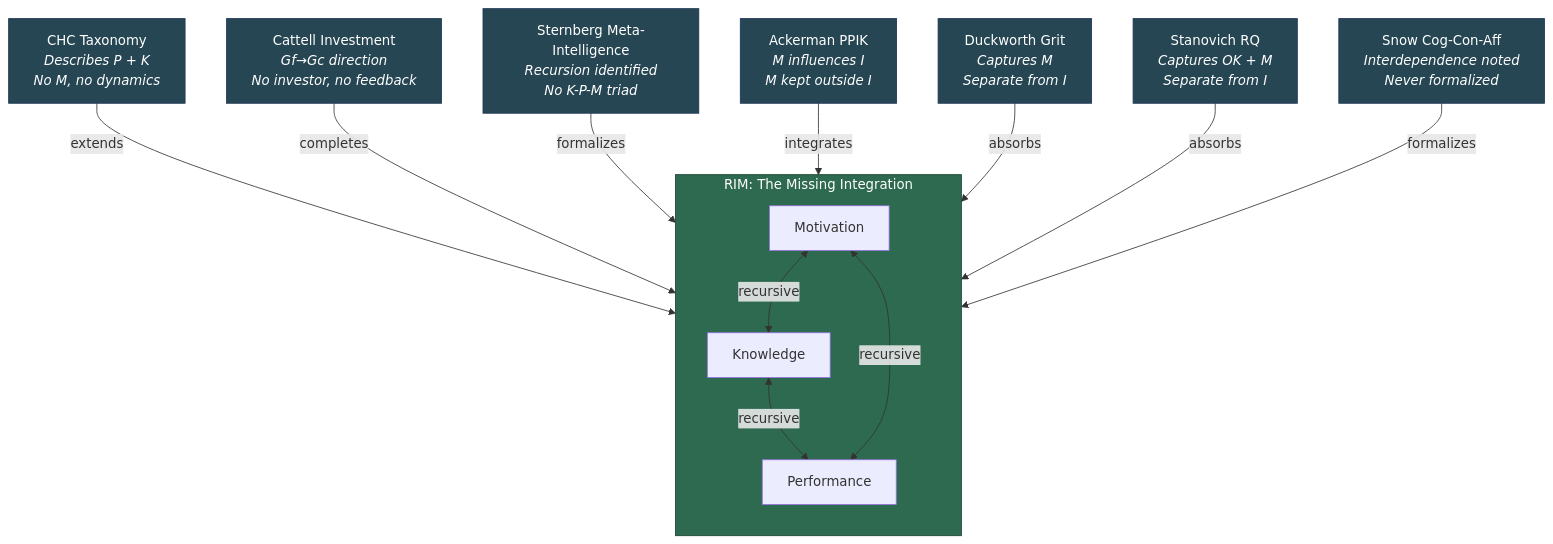
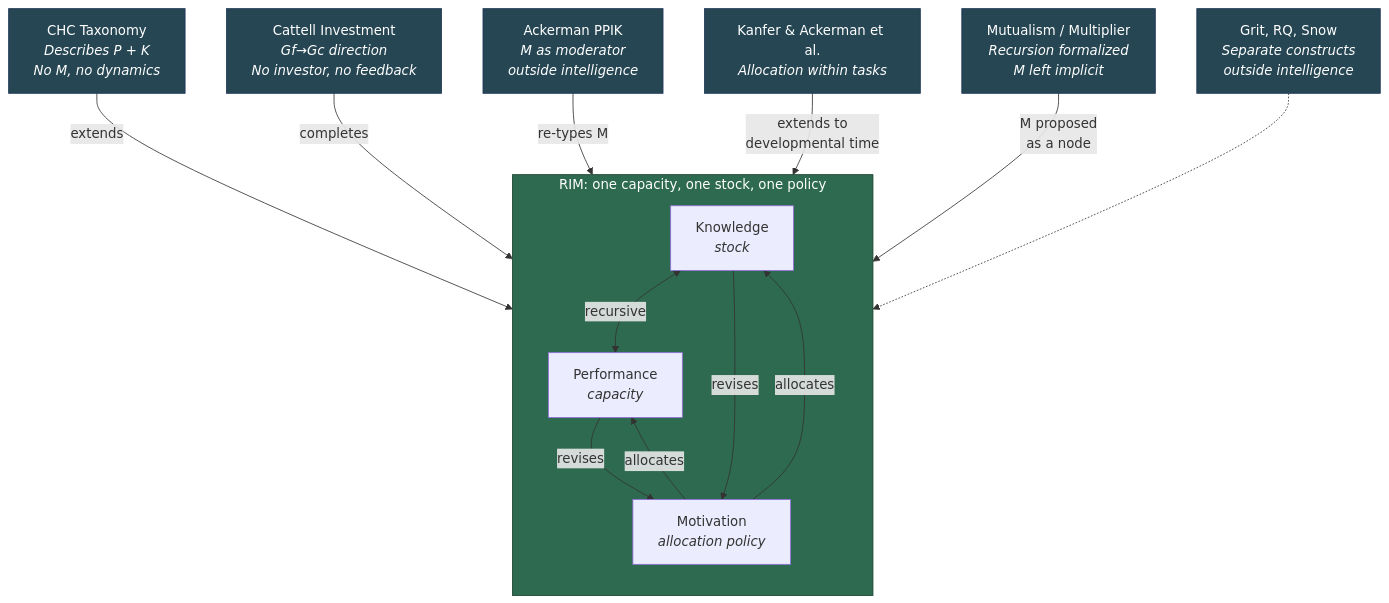
One commit to JeltzProstetnic/aIware changed the diagram in wiki/intelligence/established-models.md. Above: the diagram before and after it, drawn with Mermaid. The commit also changed other lines of this file and 124 other files, not shown here.

````diff
--- a/wiki/intelligence/established-models.md
+++ b/wiki/intelligence/established-models.md
@@ -51,29 +57,29 @@
 ```mermaid
 graph TB
-    subgraph RIM_CORE["RIM: The Missing Integration"]
+    subgraph RIM_CORE["RIM: one capacity, one stock, one policy"]
         direction TB
-        K["Knowledge"]
-        P["Performance"]
-        M["Motivation"]
+        K["Knowledge<br/><i>stock</i>"]
+        P["Performance<br/><i>capacity</i>"]
+        M["Motivation<br/><i>allocation policy</i>"]
         K <-->|"recursive"| P
-        M <-->|"recursive"| K
-        M <-->|"recursive"| P
+        M -->|"allocates"| K
+        M -->|"allocates"| P
+        K -->|"revises"| M
+        P -->|"revises"| M
     end
 
     CHC["CHC Taxonomy<br/><i>Describes P + K<br/>No M, no dynamics</i>"] -->|"extends"| RIM_CORE
     CAT["Cattell Investment<br/><i>Gf→Gc direction<br/>No investor, no feedback</i>"] -->|"completes"| RIM_CORE
-    STERN["Sternberg Meta-Intelligence<br/><i>Recursion identified<br/>No K-P-M triad</i>"] -->|"formalizes"| RIM_CORE
-    ACK["Ackerman PPIK<br/><i>M influences I<br/>M kept outside I</i>"] -->|"integrates"| RIM_CORE
-    DUCK["Duckworth Grit<br/><i>Captures M<br/>Separate from I</i>"] -->|"absorbs"| RIM_CORE
-    STAN["Stanovich RQ<br/><i>Captures OK + M<br/>Separate from I</i>"] -->|"absorbs"| RIM_CORE
-    SNOW["Snow Cog-Con-Aff<br/><i>Interdependence noted<br/>Never formalized</i>"] -->|"formalizes"| RIM_CORE
+    ACK["Ackerman PPIK<br/><i>M as moderator<br/>outside intelligence</i>"] -->|"re-types M"| RIM_CORE
+    ALLOC["Kanfer & Ackerman et al.<br/><i>Allocation within tasks</i>"] -->|"extends to<br/>developmental time"| RIM_CORE
+    MUT["Mutualism / Multiplier<br/><i>Recursion formalized<br/>M left implicit</i>"] -->|"M proposed<br/>as a node"| RIM_CORE
+    SEP["Grit, RQ, Snow<br/><i>Separate constructs<br/>outside intelligence</i>"] -.-> RIM_CORE
 
     style RIM_CORE fill:#2d6a4f,color:#fff,stroke:#1b4332
     style CHC fill:#264653,color:#fff,stroke:#1d3557
     style CAT fill:#264653,color:#fff,stroke:#1d3557
-    style STERN fill:#264653,color:#fff,stroke:#1d3557
     style ACK fill:#264653,color:#fff,stroke:#1d3557
-    style DUCK fill:#264653,color:#fff,stroke:#1d3557
-    style STAN fill:#264653,color:#fff,stroke:#1d3557
-    style SNOW fill:#264653,color:#fff,stroke:#1d3557
+    style ALLOC fill:#264653,color:#fff,stroke:#1d3557
+    style MUT fill:#264653,color:#fff,stroke:#1d3557
+    style SEP fill:#264653,color:#fff,stroke:#1d3557
 ```
````
